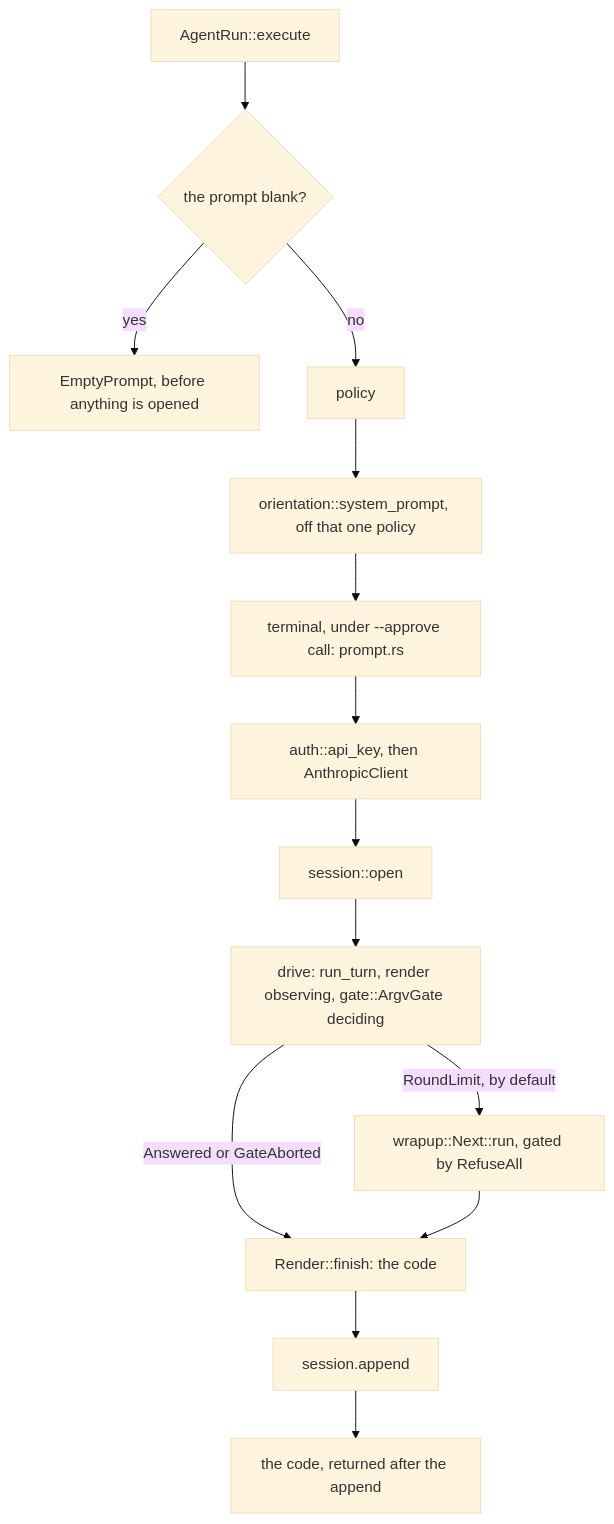
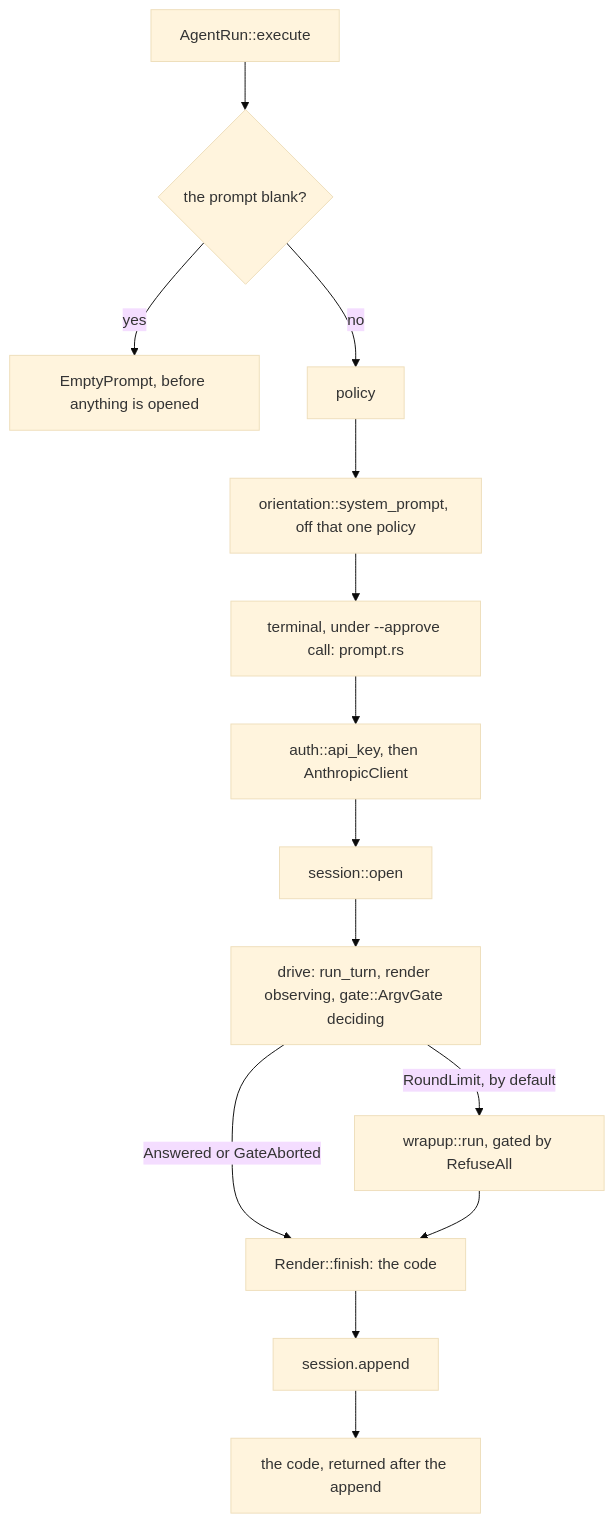
Before and after one commit to danczw/sandbx: the second of 2 diagrams in context/onboarding/24-crate-cli.md, drawn with Mermaid (base theme). The commit also changed other lines of this file and 2 other files, not shown here.

First line of the commit message:
docs: point the wrap-up mentions at wrapup::run

````diff
--- a/context/onboarding/24-crate-cli.md
+++ b/context/onboarding/24-crate-cli.md
@@ -317,16 +317,16 @@
 ```mermaid
 flowchart TD
     A["AgentRun::execute"] --> B{"the prompt blank?"}
     B -->|"yes"| C["EmptyPrompt, before anything is opened"]
     B -->|"no"| D["policy"]
     D --> E["orientation::system_prompt, off that one policy"]
     E --> F["terminal, under --approve call: prompt.rs"]
     F --> G["auth::api_key, then AnthropicClient"]
     G --> H["session::open"]
     H --> I["drive: run_turn, render observing, gate::ArgvGate deciding"]
-    I -->|"RoundLimit, by default"| J["wrapup::Next::run, gated by RefuseAll"]
+    I -->|"RoundLimit, by default"| J["wrapup::run, gated by RefuseAll"]
     I -->|"Answered or GateAborted"| K["Render::finish: the code"]
     J --> K
     K --> L["session.append"]
     L --> M["the code, returned after the append"]
 ```
````
